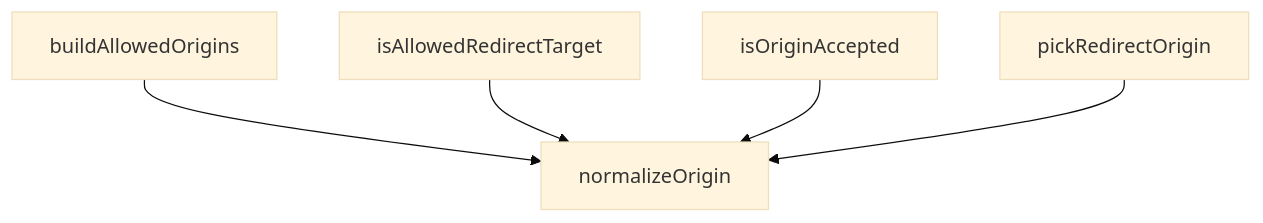
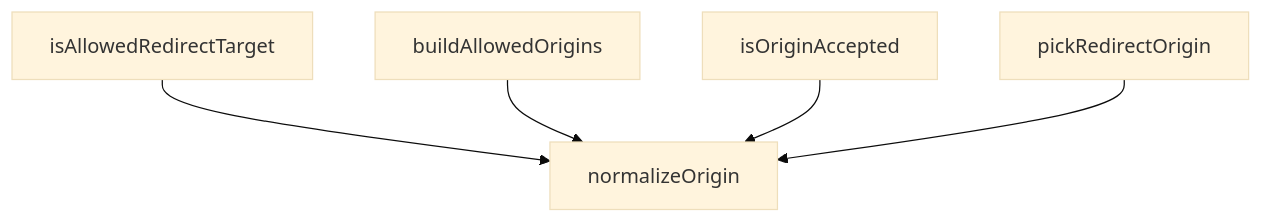
Before and after one commit to peckop/venthub-hvac-esite: the diagram in supabase/functions/_shared/origins.md, drawn with Mermaid (base theme). The commit also changed other lines of this file and 134 other files, not shown here.

````diff
--- a/supabase/functions/_shared/origins.md
+++ b/supabase/functions/_shared/origins.md
@@ -122,12 +122,12 @@
 ```mermaid
 graph TD
     origins_ts__buildAllowedOrigins["buildAllowedOrigins"]
     origins_ts__isAllowedRedirectTarget["isAllowedRedirectTarget"]
     origins_ts__isOriginAccepted["isOriginAccepted"]
     origins_ts__normalizeOrigin["normalizeOrigin"]
     origins_ts__pickRedirectOrigin["pickRedirectOrigin"]
+    origins_ts__isAllowedRedirectTarget --> origins_ts__normalizeOrigin
     origins_ts__buildAllowedOrigins --> origins_ts__normalizeOrigin
-    origins_ts__isAllowedRedirectTarget --> origins_ts__normalizeOrigin
     origins_ts__isOriginAccepted --> origins_ts__normalizeOrigin
     origins_ts__pickRedirectOrigin --> origins_ts__normalizeOrigin
 ```
````
